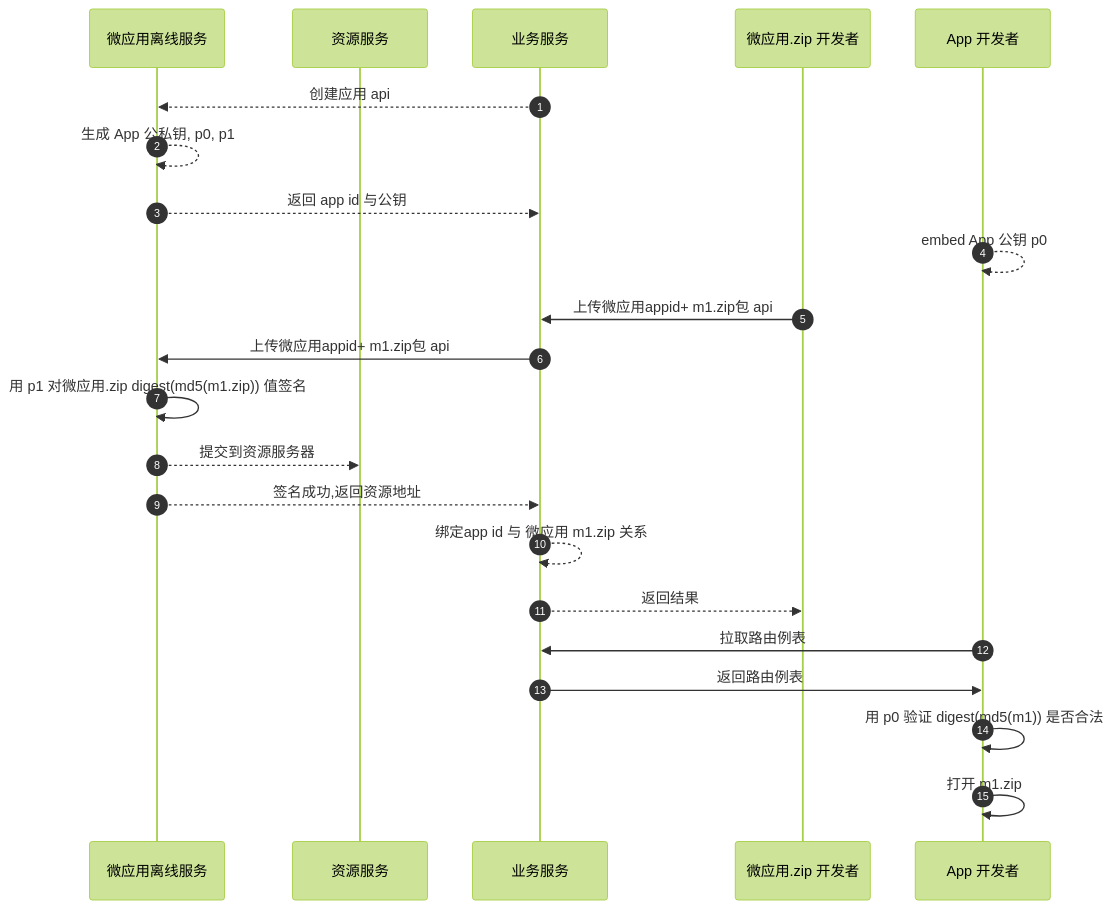
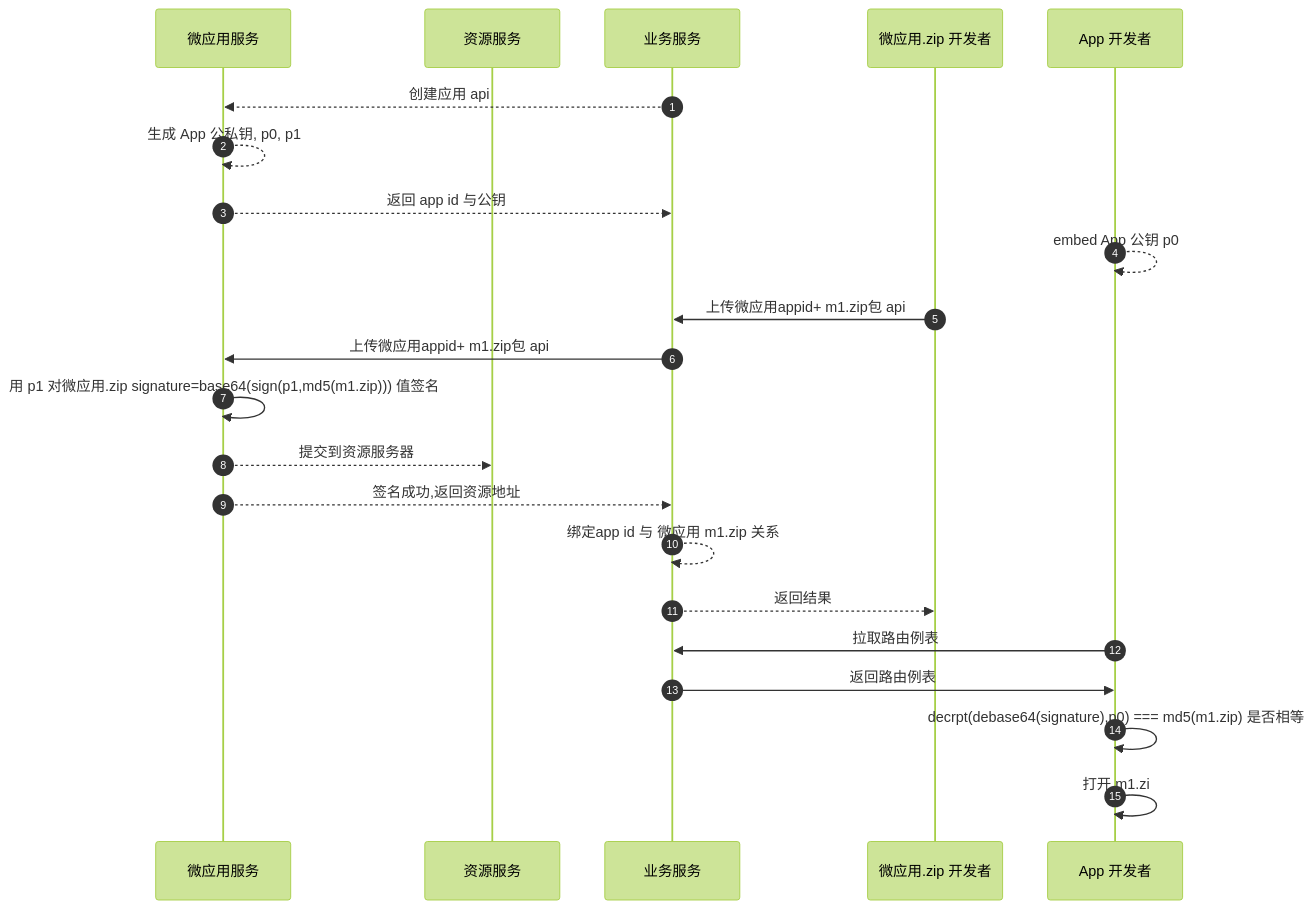
Before and after one commit to zk4/x-engine: the first of 6 diagrams in modules/x-engine-docs/todos-1.0.md, drawn with Mermaid (forest theme). The commit also changed other lines of this file, not shown here.

````diff
--- a/modules/x-engine-docs/todos-1.0.md
+++ b/modules/x-engine-docs/todos-1.0.md
@@ -34,27 +26,27 @@
 ``` mermaid
 sequenceDiagram
 	  autonumber
-    participant s as 微应用离线服务 
+    participant s as 微应用服务 
     participant r as 资源服务
     participant b as 业务服务
 	  participant u as 微应用.zip 开发者  
     participant a as App 开发者
 
 
     b-->>s: 创建应用 api
    	s-->>s: 生成 App 公私钥, p0, p1
 		s-->>b: 返回 app id 与公钥
    	a-->>a: embed App 公钥 p0
    	u->>b: 上传微应用appid+ m1.zip包 api
    	b->>s: 上传微应用appid+ m1.zip包 api
-   	s->>s: 用 p1 对微应用.zip digest(md5(m1.zip)) 值签名 
+   	s->>s: 用 p1 对微应用.zip signature=base64(sign(p1,md5(m1.zip))) 值签名 
 	  s-->>r: 提交到资源服务器
 	  s-->>b: 签名成功,返回资源地址
 	  b-->>b: 绑定app id 与 微应用 m1.zip 关系
 	  b-->>u: 返回结果
 	  
 	  a->>b: 拉取路由例表
 	  b->>a: 返回路由例表
-	  a->>a: 用 p0 验证 digest(md5(m1)) 是否合法
-    a->>a: 打开  m1.zip
+	  a->>a: 	decrpt(debase64(signature),p0) === md5(m1.zip) 是否相等
+    a->>a: 打开  m1.zi
 ```
````
